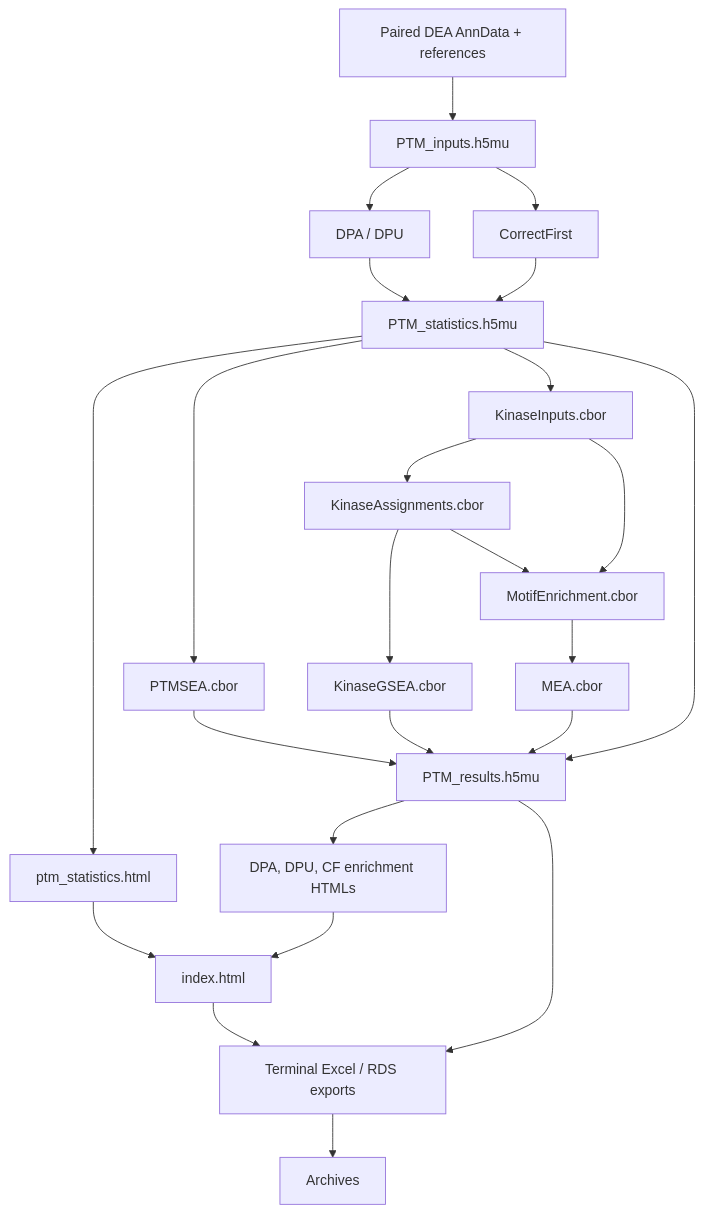
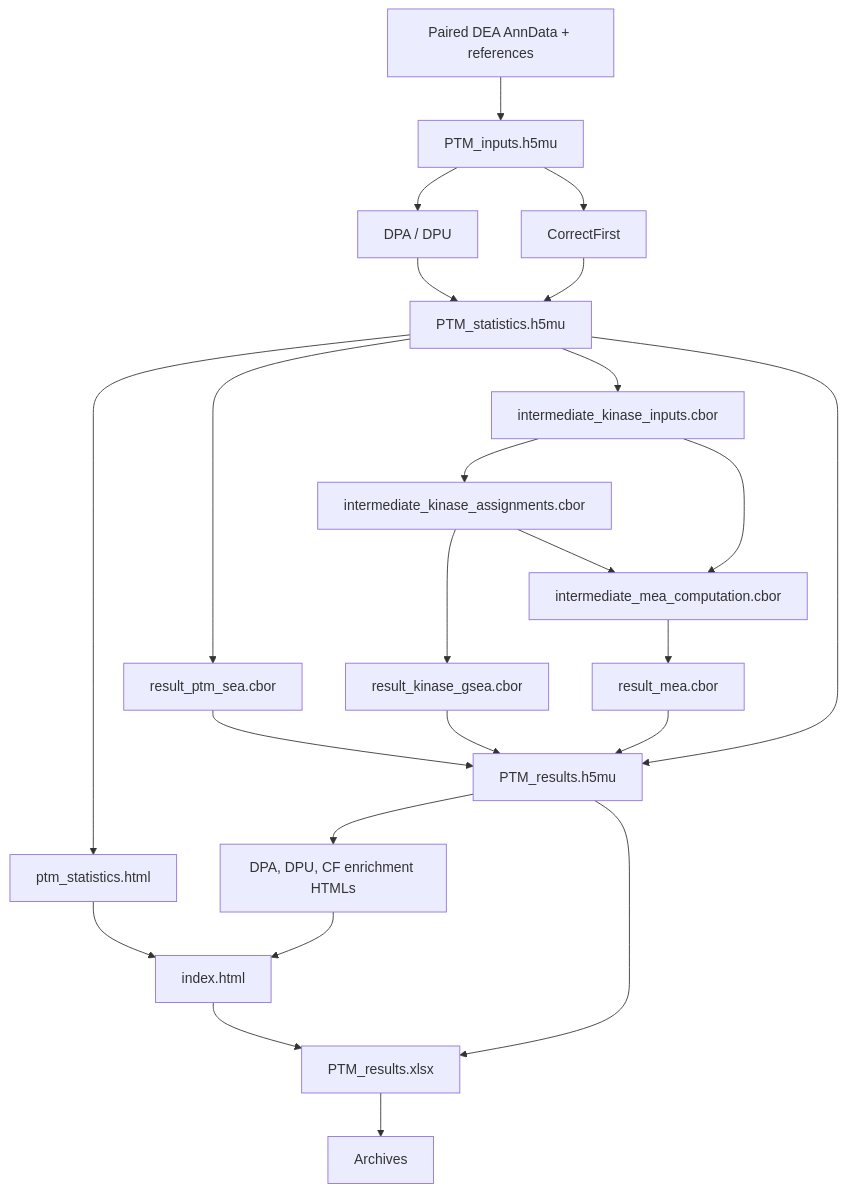
Before and after one commit to wolski/ptm-pipeline: the diagram in docs/index.md, drawn with Mermaid. The commit also changed other lines of this file and 4 other files, not shown here.

Commit message:
Name enrichment CBOR results and intermediates explicitly

````diff
--- a/docs/index.md
+++ b/docs/index.md
@@ -53,26 +53,26 @@
 ```mermaid
 flowchart TB
     DEA["Paired DEA AnnData + references"] --> INPUT["PTM_inputs.h5mu"]
     INPUT --> DPA["DPA / DPU"]
     INPUT --> CF["CorrectFirst"]
     DPA --> STATS["PTM_statistics.h5mu"]
     CF --> STATS
     STATS --> STATS_REPORT["ptm_statistics.html"]
-    STATS --> SEA["PTMSEA.cbor"]
-    STATS --> PREP["KinaseInputs.cbor"]
-    PREP --> ASSIGN["KinaseAssignments.cbor"]
-    ASSIGN --> GSEA["KinaseGSEA.cbor"]
-    ASSIGN --> MOTIF["MotifEnrichment.cbor"]
+    STATS --> SEA["result_ptm_sea.cbor"]
+    STATS --> PREP["intermediate_kinase_inputs.cbor"]
+    PREP --> ASSIGN["intermediate_kinase_assignments.cbor"]
+    ASSIGN --> GSEA["result_kinase_gsea.cbor"]
+    ASSIGN --> MOTIF["intermediate_mea_computation.cbor"]
     PREP --> MOTIF
-    MOTIF --> MEA["MEA.cbor"]
+    MOTIF --> MEA["result_mea.cbor"]
     SEA --> FINAL["PTM_results.h5mu"]
     GSEA --> FINAL
     MEA --> FINAL
     STATS --> FINAL
     FINAL --> ENRICH_REPORT["DPA, DPU, CF enrichment HTMLs"]
     STATS_REPORT --> INDEX["index.html"]
     ENRICH_REPORT --> INDEX
-    INDEX --> EXPORT["Terminal Excel / RDS exports"]
+    INDEX --> EXPORT["PTM_results.xlsx"]
     FINAL --> EXPORT
     EXPORT --> ZIP["Archives"]
 ```
````
